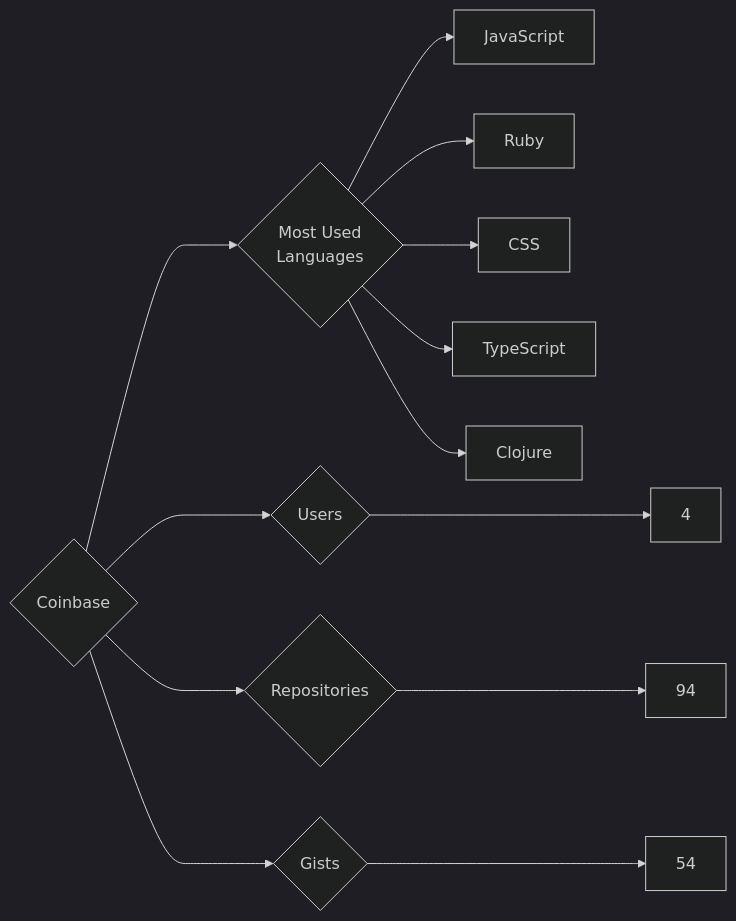
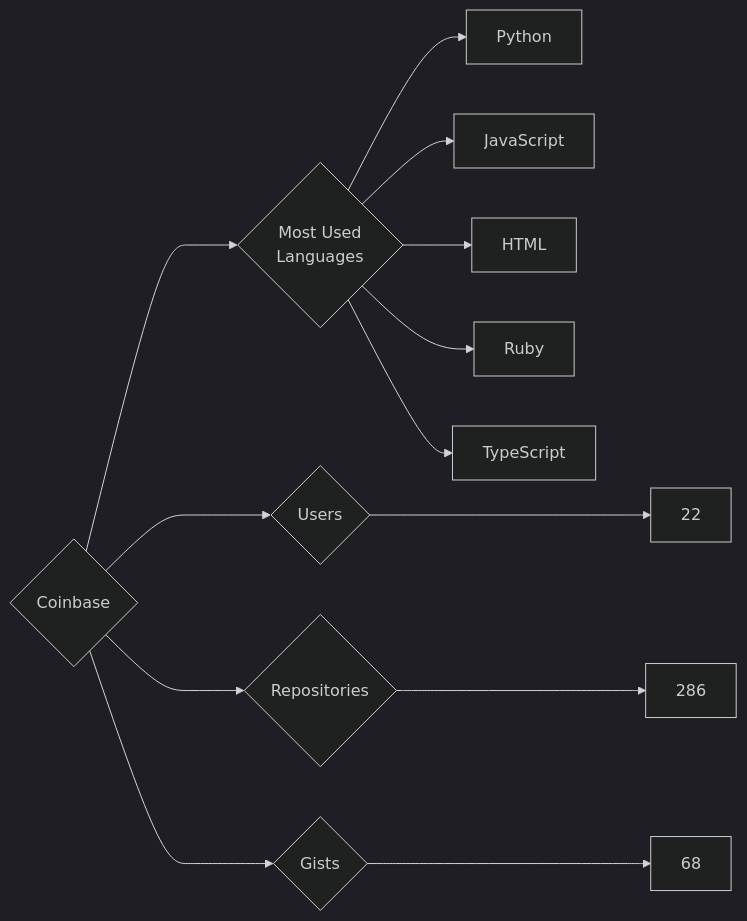
One commit to trickest/insiders changed the diagram in targets/Coinbase/README.md. Above: the diagram before and after it, drawn with Mermaid (dark theme). The commit also changed 749 other files, not shown here.

````diff
--- a/targets/Coinbase/README.md
+++ b/targets/Coinbase/README.md
@@ -3,13 +3,13 @@
 ```mermaid
 graph LR
 COMPANY_NAME{Coinbase}
-COMPANY_NAME ---> U{Users} ---> UN[4]
-COMPANY_NAME ---> R{Repositories} ---> RN[94]
-COMPANY_NAME ---> G{Gists} ---> GN[54]
+COMPANY_NAME ---> U{Users} ---> UN[22]
+COMPANY_NAME ---> R{Repositories} ---> RN[286]
+COMPANY_NAME ---> G{Gists} ---> GN[68]
 COMPANY_NAME ---> ML{Most Used<br>Languages}
+ML --> Python[Python]
 ML --> JavaScript[JavaScript]
+ML --> HTML[HTML]
 ML --> Ruby[Ruby]
-ML --> CSS[CSS]
 ML --> TypeScript[TypeScript]
-ML --> Clojure[Clojure]
 ```
````
